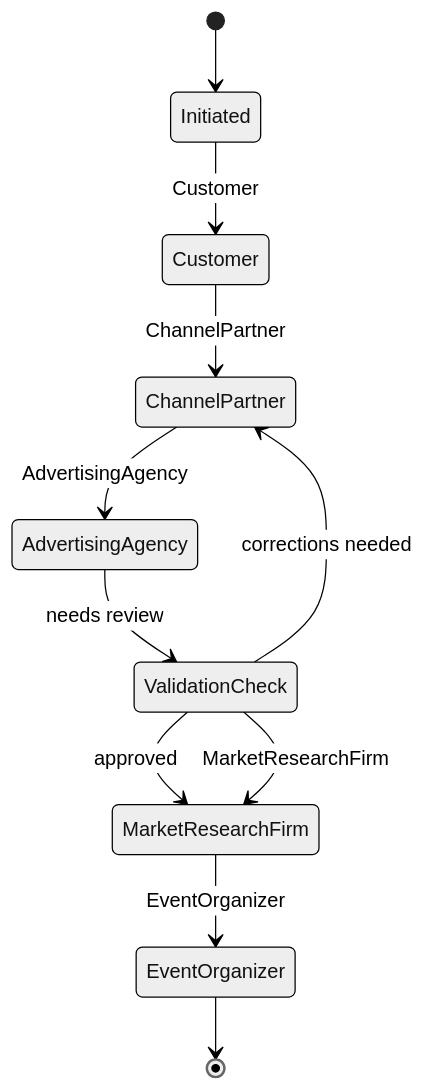
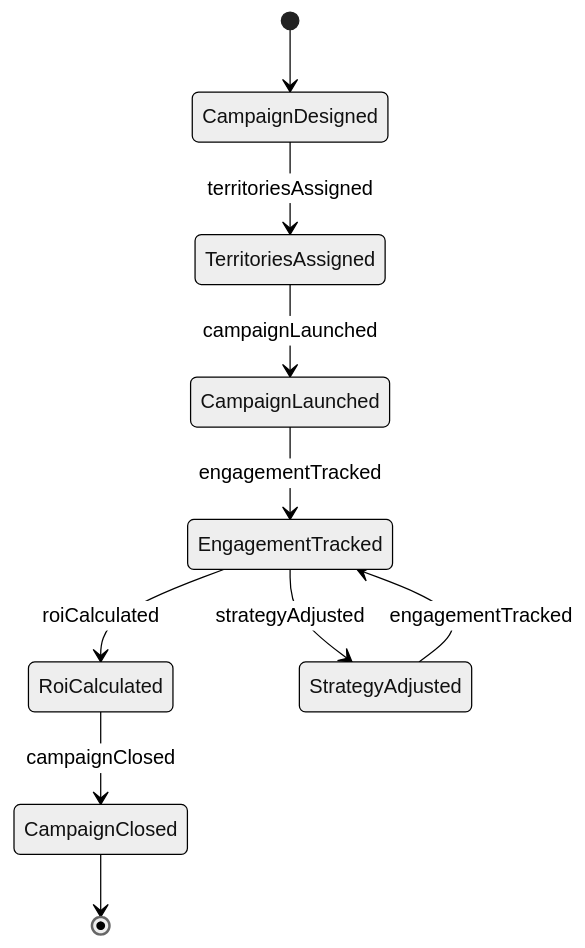
One commit to dot-org-ai/tasks.org.ai changed the second of 4 diagrams in GuidingDirectingAndMotivatingSubordinates/DirectOrganizationalOperationsActivitiesOrProcedures/CoordinateSalesCampaigns.mdx. Above: the diagram before and after it, drawn with Mermaid (neutral theme). The commit also changed other lines of this file and 515 other files, not shown here.

````diff
--- a/GuidingDirectingAndMotivatingSubordinates/DirectOrganizationalOperationsActivitiesOrProcedures/CoordinateSalesCampaigns.mdx
+++ b/GuidingDirectingAndMotivatingSubordinates/DirectOrganizationalOperationsActivitiesOrProcedures/CoordinateSalesCampaigns.mdx
@@ -103,13 +103,12 @@
 ```mermaid
 stateDiagram-v2
-    [*] --> Initiated
-    Initiated --> Customer: Customer
-    Customer --> ChannelPartner: ChannelPartner
-    ChannelPartner --> AdvertisingAgency: AdvertisingAgency
-    AdvertisingAgency --> ValidationCheck: needs review
-    ValidationCheck --> ChannelPartner: corrections needed
-    ValidationCheck --> MarketResearchFirm: approved
-    ValidationCheck --> MarketResearchFirm: MarketResearchFirm
-    MarketResearchFirm --> EventOrganizer: EventOrganizer
-    EventOrganizer --> [*]
+    [*] --> CampaignDesigned
+    CampaignDesigned --> TerritoriesAssigned : territoriesAssigned
+    TerritoriesAssigned --> CampaignLaunched : campaignLaunched
+    CampaignLaunched --> EngagementTracked : engagementTracked
+    EngagementTracked --> RoiCalculated : roiCalculated
+    RoiCalculated --> CampaignClosed : campaignClosed
+    EngagementTracked --> StrategyAdjusted : strategyAdjusted
+    StrategyAdjusted --> EngagementTracked : engagementTracked
+    CampaignClosed --> [*]
 ```
````
